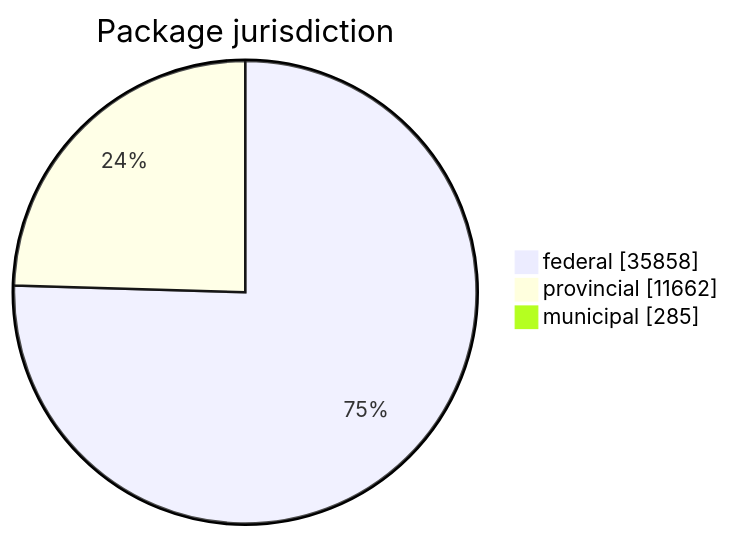
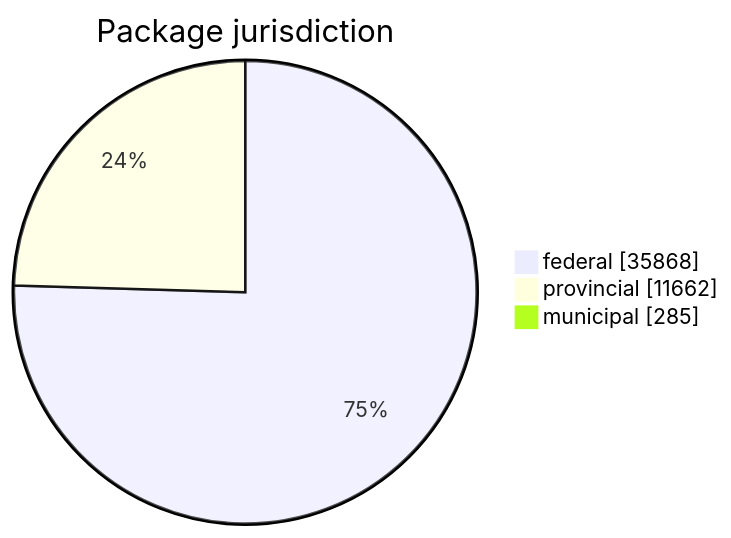
One commit to open-data/analytics-corporate-reporting changed the first of 5 diagrams in FreshCheck/README.md. Above: the diagram before and after it, drawn with Mermaid. The commit also changed other lines of this file and 3 other files, not shown here.

````diff
--- a/FreshCheck/README.md
+++ b/FreshCheck/README.md
@@ -60,6 +60,6 @@
 ```mermaid
 pie showData title Package jurisdiction
-    "federal": 35858
+    "federal": 35868
     "provincial": 11662
     "municipal": 285
 ```
````
